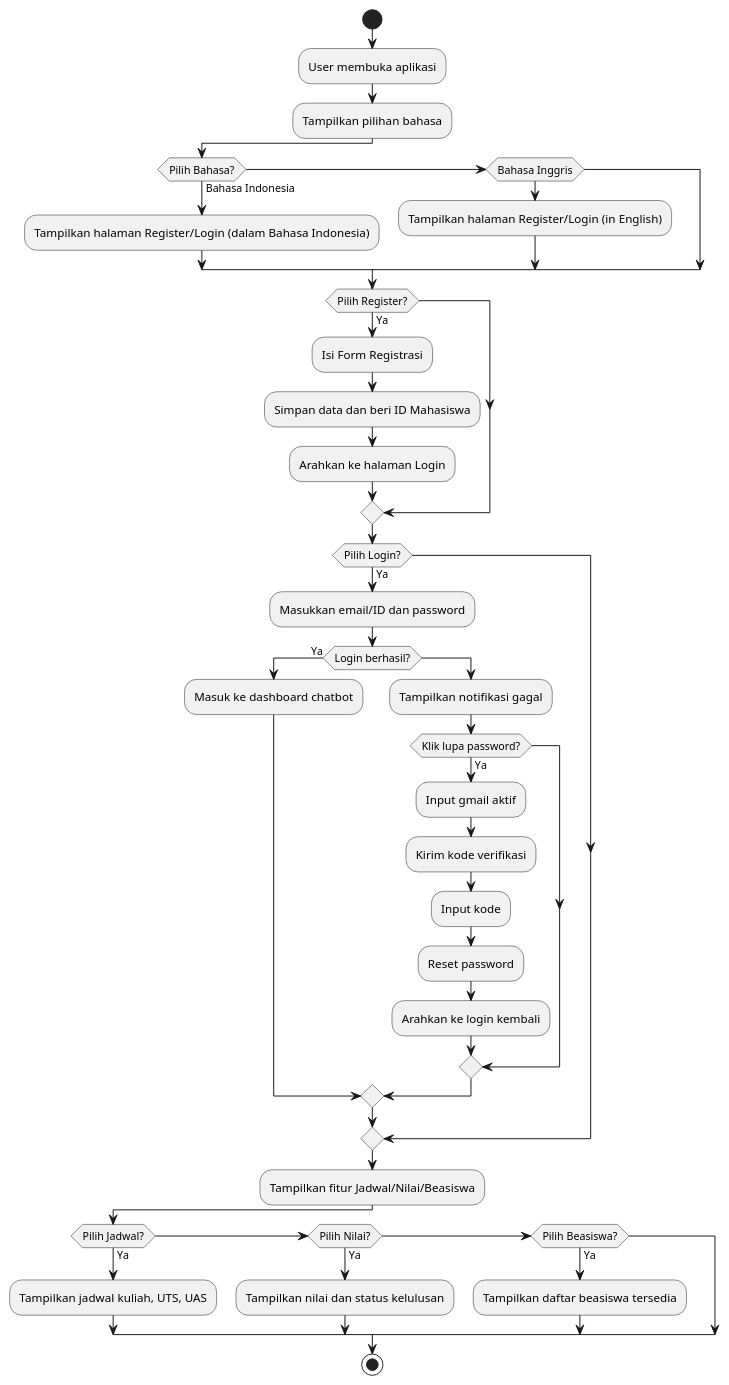
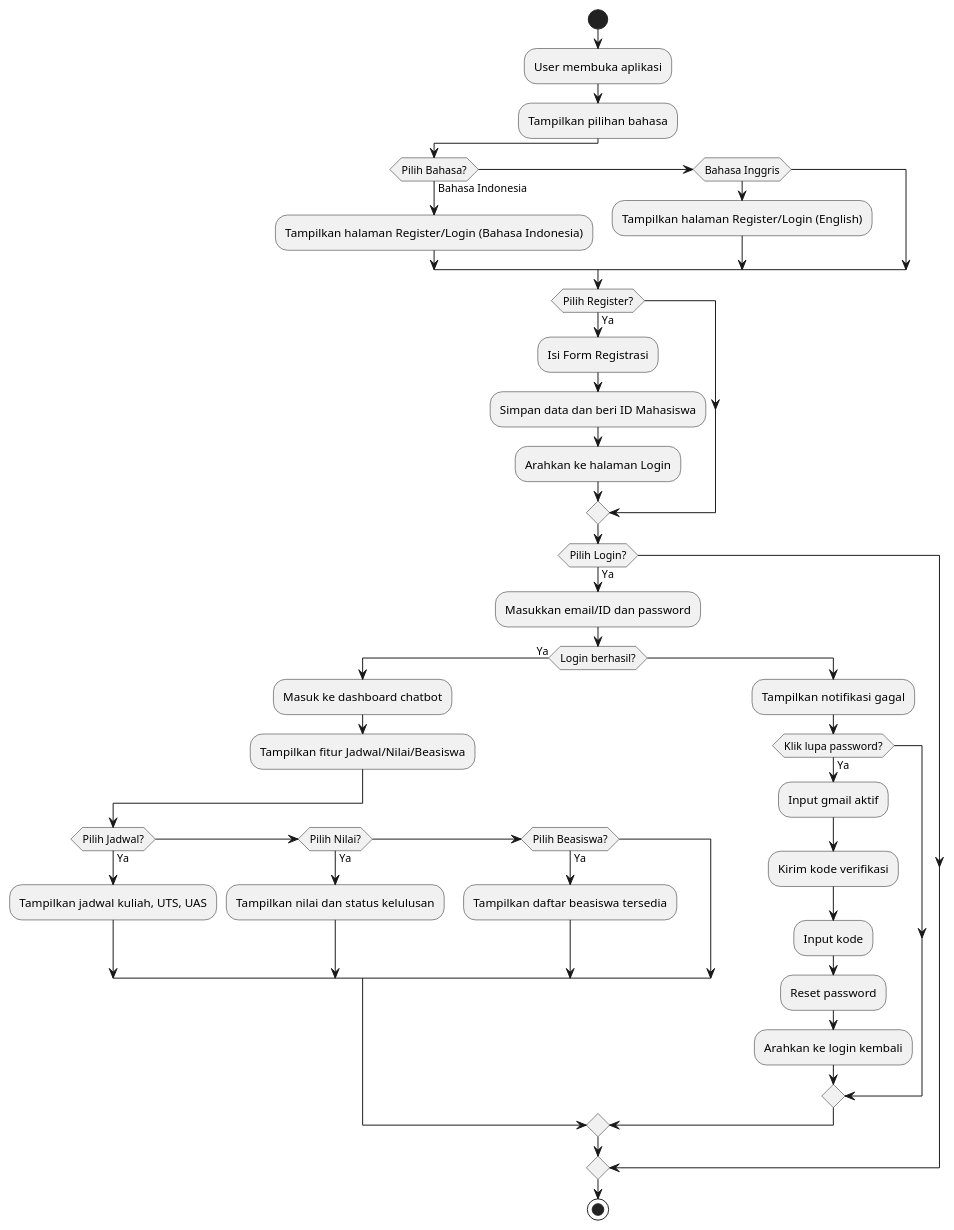
Before and after one commit to Kevin420-KS/APSI-Analisis-Perancangan-Sistem-Informasi-: the diagram in Project akhir/activity.puml, drawn with PlantUML. The commit also changed 4 other files, not shown here.

```diff
--- a/Project akhir/activity.puml
+++ b/Project akhir/activity.puml
@@ -1,46 +1,46 @@
 @startuml
 start
 
 :User membuka aplikasi;
 :Tampilkan pilihan bahasa;
 
 if (Pilih Bahasa?) then (Bahasa Indonesia)
-  :Tampilkan halaman Register/Login (dalam Bahasa Indonesia);
+  :Tampilkan halaman Register/Login (Bahasa Indonesia);
 elseif (Bahasa Inggris)
-  :Tampilkan halaman Register/Login (in English);
+  :Tampilkan halaman Register/Login (English);
 endif
 
 if (Pilih Register?) then (Ya)
   :Isi Form Registrasi;
   :Simpan data dan beri ID Mahasiswa;
   :Arahkan ke halaman Login;
 endif
 
 if (Pilih Login?) then (Ya)
   :Masukkan email/ID dan password;
   if (Login berhasil?) then (Ya)
     :Masuk ke dashboard chatbot;
+    :Tampilkan fitur Jadwal/Nilai/Beasiswa;
+
+    if (Pilih Jadwal?) then (Ya)
+      :Tampilkan jadwal kuliah, UTS, UAS;
+    elseif (Pilih Nilai?) then (Ya)
+      :Tampilkan nilai dan status kelulusan;
+    elseif (Pilih Beasiswa?) then (Ya)
+      :Tampilkan daftar beasiswa tersedia;
+    endif
+
   else
     :Tampilkan notifikasi gagal;
     if (Klik lupa password?) then (Ya)
       :Input gmail aktif;
       :Kirim kode verifikasi;
       :Input kode;
       :Reset password;
       :Arahkan ke login kembali;
     endif
   endif
 endif
 
-:Tampilkan fitur Jadwal/Nilai/Beasiswa;
-
-if (Pilih Jadwal?) then (Ya)
-  :Tampilkan jadwal kuliah, UTS, UAS;
-elseif (Pilih Nilai?) then (Ya)
-  :Tampilkan nilai dan status kelulusan;
-elseif (Pilih Beasiswa?) then (Ya)
-  :Tampilkan daftar beasiswa tersedia;
-endif
-
 stop
 @enduml
```
